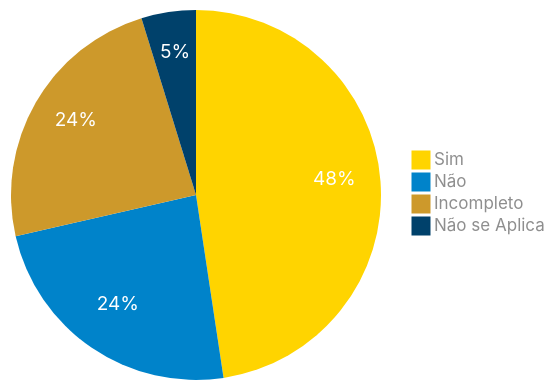
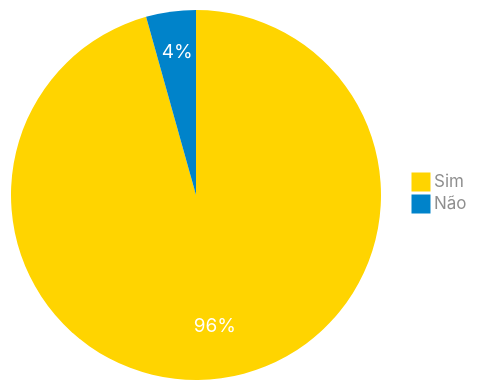
Before and after one commit to claudiohsc/2024.1-Correios: the diagram in docs/verificacao_01/grupo/analise_requisitos2/guia-de-estilo.md, drawn with Mermaid. The commit also changed other lines of this file and 2 other files, not shown here.

````diff
--- a/docs/verificacao_01/grupo/analise_requisitos2/guia-de-estilo.md
+++ b/docs/verificacao_01/grupo/analise_requisitos2/guia-de-estilo.md
@@ -112,24 +112,22 @@
 ``` mermaid
 %%{
   init: {
     'theme': 'base',
     'themeVariables': {
         'primaryColor': '#FFD400',
         'secondaryColor': '#0083CA',
         'tertiaryColor': '#CD992B',
         'pie4': '#00416B',
         'primaryTextColor': '#8e8e8e',
         'pieStrokeWidth': '0px',
         'pieOuterStrokeWidth': '0px',
         'pieOpacity': '1',
         'pieSectionTextColor': '#fff',
         'pieSectionTextSize': '19px'
     }
   }
 }%%
 pie
-    "Sim" : 10
-    "Não" : 5
-    "Incompleto" : 5
-    "Não se Aplica" : 1
+    "Sim" : 22
+    "Não" : 1
 ```
````
